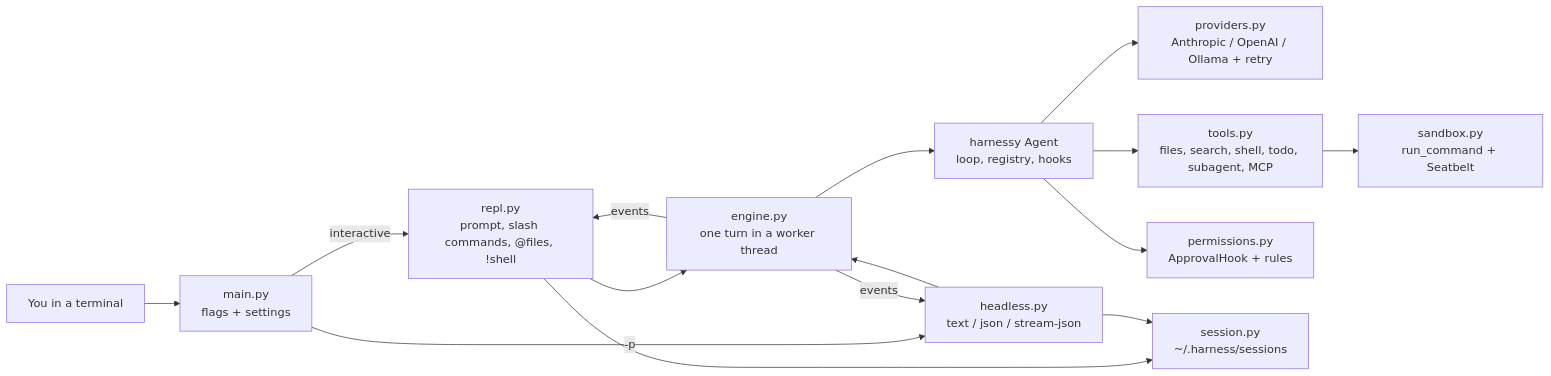
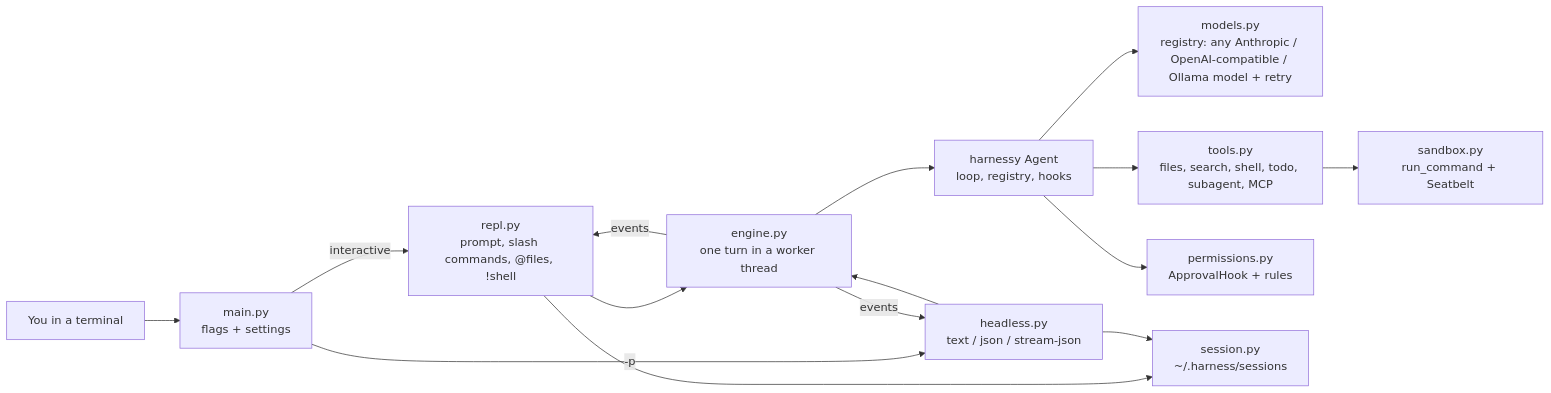
The first of 2 diagrams in docs/cli/design.md (krishankant/harness-cli), drawn with Mermaid before and after one commit. The commit also changed other lines of this file and 13 other files, not shown here.

First line of the commit message:
feat(cli): generic model registry — any Anthropic, OpenAI-compatible or Ollama model

````diff
--- a/docs/cli/design.md
+++ b/docs/cli/design.md
@@ -31,17 +31,17 @@
 ```mermaid
 flowchart LR
     U[You in a terminal] --> M[main.py<br/>flags + settings]
     M -->|interactive| R[repl.py<br/>prompt, slash commands, @files, !shell]
     M -->|-p| H[headless.py<br/>text / json / stream-json]
     R --> E[engine.py<br/>one turn in a worker thread]
     H --> E
     E -->|events| R
     E -->|events| H
     E --> A[harnessy Agent<br/>loop, registry, hooks]
-    A --> P[providers.py<br/>Anthropic / OpenAI / Ollama + retry]
+    A --> P[models.py<br/>registry: any Anthropic / OpenAI-compatible / Ollama model + retry]
     A --> T[tools.py<br/>files, search, shell, todo, subagent, MCP]
     A --> G[permissions.py<br/>ApprovalHook + rules]
     T --> S[sandbox.py<br/>run_command + Seatbelt]
     R --> SS[session.py<br/>~/.harness/sessions]
     H --> SS
 ```
````
